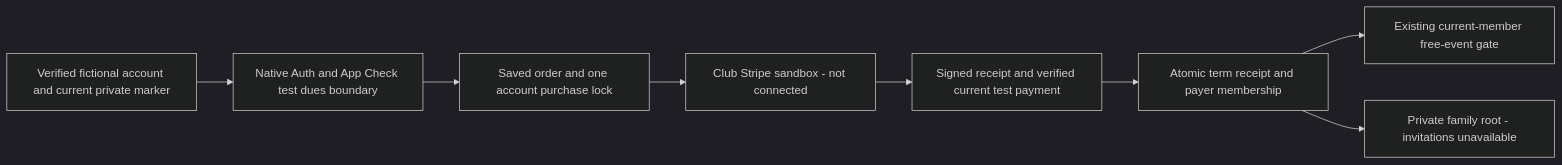
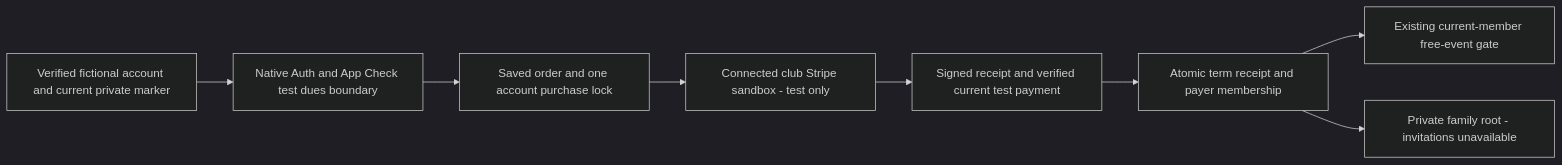
Before and after one commit to Run-MPRC/Run-MPRC.github.io: diagram 24 of 25 in docs/officers/SYSTEM_MAPS.md, drawn with Mermaid (dark theme). The commit also changed other lines of this file and 13 other files, not shown here.

````diff
--- a/docs/officers/SYSTEM_MAPS.md
+++ b/docs/officers/SYSTEM_MAPS.md
@@ -435,10 +435,10 @@
 ```mermaid
 flowchart LR
     A[Verified fictional account and current private marker] --> B[Native Auth and App Check test dues boundary]
     B --> C[Saved order and one account purchase lock]
-    C --> D[Club Stripe sandbox - not connected]
+    C --> D[Connected club Stripe sandbox - test only]
     D --> E[Signed receipt and verified current test payment]
     E --> F[Atomic term receipt and payer membership]
     F --> G[Existing current-member free-event gate]
     F --> H[Private family root - invitations unavailable]
 ```
````
